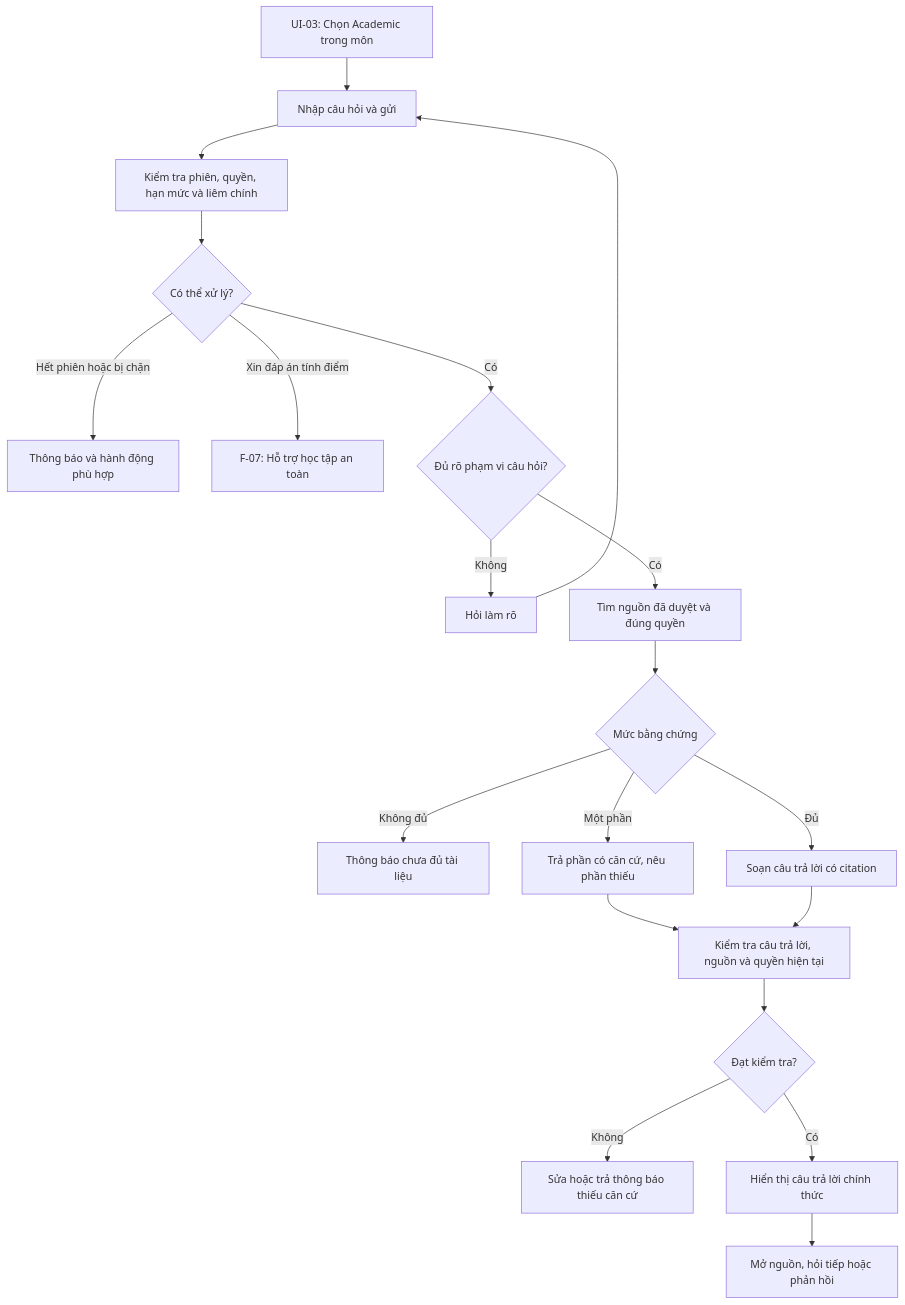
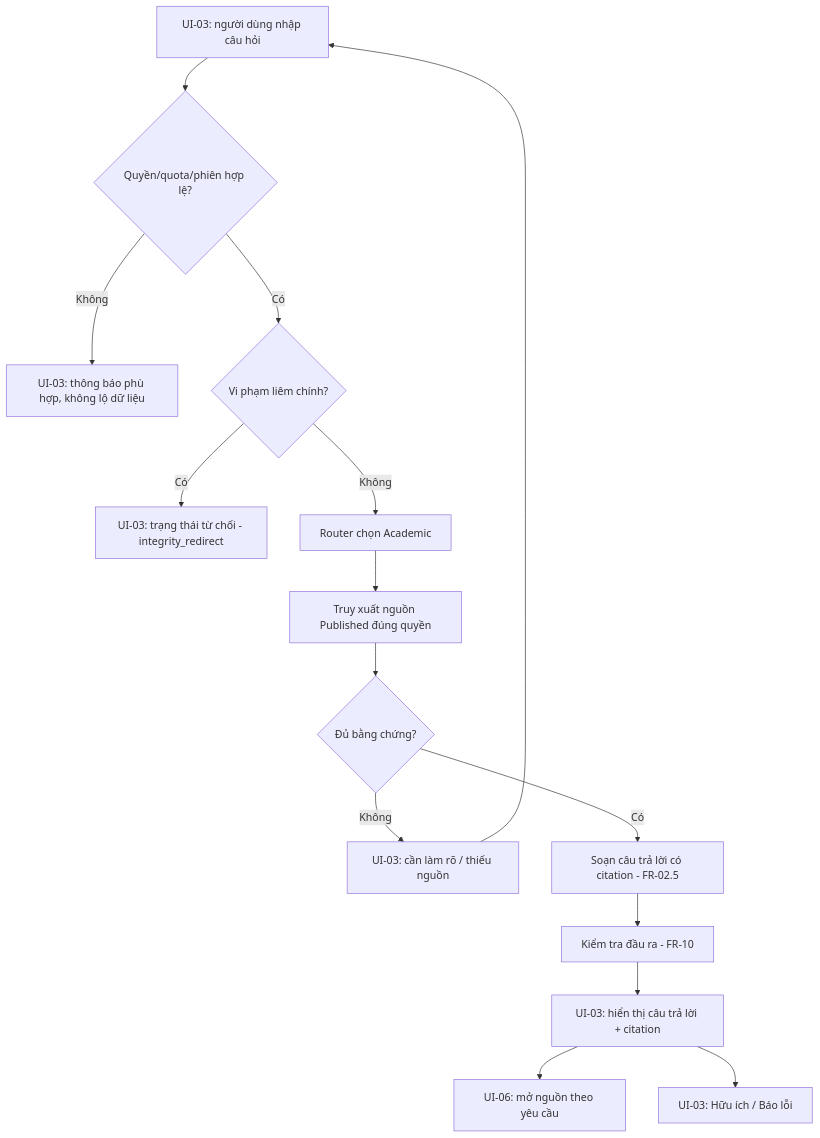
One commit to MinhNhatUet/7grass10wwind changed the second of 8 diagrams in docs/documentions/wireframe&UIflow_edu04.md. Above: the diagram before and after it, drawn with Mermaid. The commit also changed other lines of this file and 3 other files, not shown here.

First line of the commit message:
docs: sync wireframe/UI flow, backlog và milestone theo PRD v2.0

````diff
--- a/docs/documentions/wireframe&UIflow_edu04.md
+++ b/docs/documentions/wireframe&UIflow_edu04.md
@@ -114,22 +473,17 @@
 ```mermaid
 flowchart TD
-    A[UI-03: Chọn Academic trong môn] --> B[Nhập câu hỏi và gửi]
-    B --> C[Kiểm tra phiên, quyền, hạn mức và liêm chính]
-    C --> D{Có thể xử lý?}
-    D -- Hết phiên hoặc bị chặn --> E[Thông báo và hành động phù hợp]
-    D -- Xin đáp án tính điểm --> F[F-07: Hỗ trợ học tập an toàn]
-    D -- Có --> G{Đủ rõ phạm vi câu hỏi?}
-    G -- Không --> H[Hỏi làm rõ]
-    H --> B
-    G -- Có --> I[Tìm nguồn đã duyệt và đúng quyền]
-    I --> J{Mức bằng chứng}
-    J -- Không đủ --> K[Thông báo chưa đủ tài liệu]
-    J -- Một phần --> L[Trả phần có căn cứ, nêu phần thiếu]
-    J -- Đủ --> M[Soạn câu trả lời có citation]
-    L --> N[Kiểm tra câu trả lời, nguồn và quyền hiện tại]
-    M --> N
-    N --> O{Đạt kiểm tra?}
-    O -- Không --> P[Sửa hoặc trả thông báo thiếu căn cứ]
-    O -- Có --> Q[Hiển thị câu trả lời chính thức]
-    Q --> R[Mở nguồn, hỏi tiếp hoặc phản hồi]
+    UI03Q[UI-03: người dùng nhập câu hỏi] --> CHK{Quyền/quota/phiên hợp lệ?}
+    CHK -- Không --> UI03D[UI-03: thông báo phù hợp, không lộ dữ liệu]
+    CHK -- Có --> INT{Vi phạm liêm chính?}
+    INT -- Có --> UI03R[UI-03: trạng thái từ chối - integrity_redirect]
+    INT -- Không --> ROUTE[Router chọn Academic]
+    ROUTE --> RET[Truy xuất nguồn Published đúng quyền]
+    RET --> ENOUGH{Đủ bằng chứng?}
+    ENOUGH -- Không --> UI03C[UI-03: cần làm rõ / thiếu nguồn]
+    UI03C --> UI03Q
+    ENOUGH -- Có --> DRAFT[Soạn câu trả lời có citation - FR-02.5]
+    DRAFT --> VAL[Kiểm tra đầu ra - FR-10]
+    VAL --> UI03A[UI-03: hiển thị câu trả lời + citation]
+    UI03A --> UI06[UI-06: mở nguồn theo yêu cầu]
+    UI03A --> FB[UI-03: Hữu ích / Báo lỗi]
 ```
````
